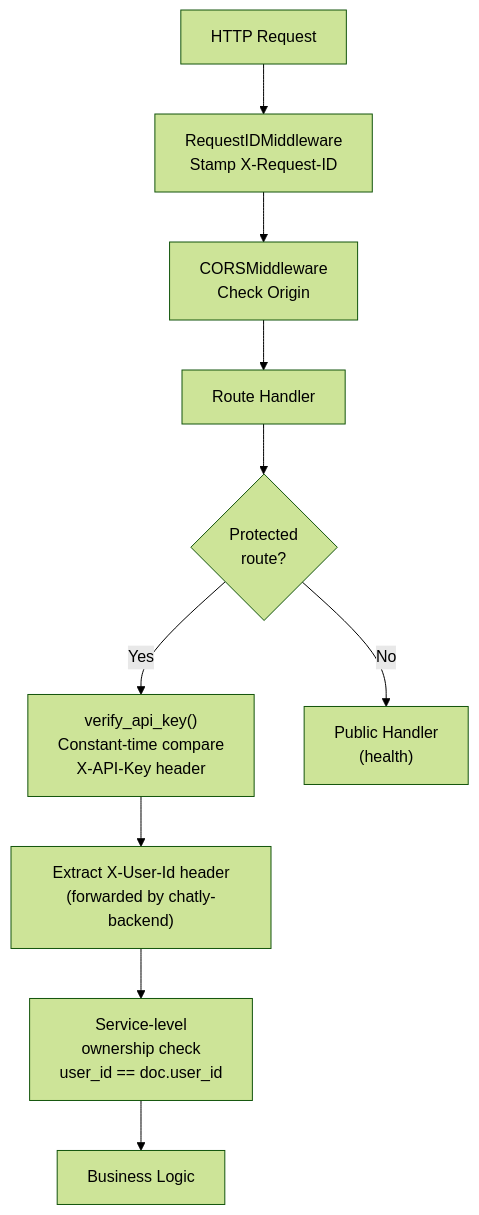
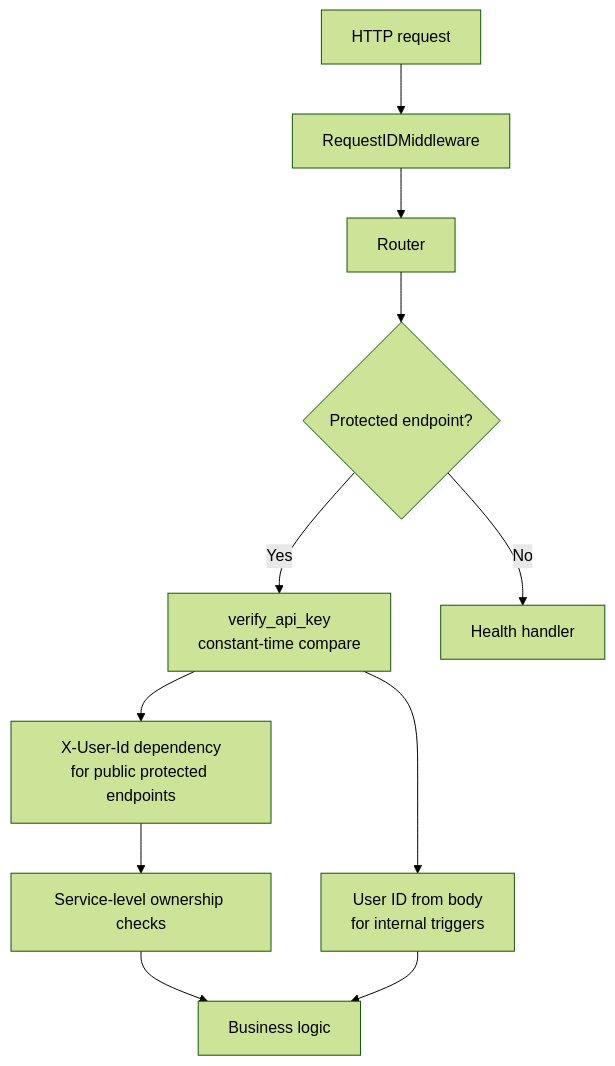
One commit to giasinguyen/chatly-messaging-platform changed diagram 11 of 12 in chatly-agent/ARCHITECTURE.md. Above: the diagram before and after it, drawn with Mermaid (forest theme). The commit also changed other lines of this file and 2 other files, not shown here.

First line of the commit message:
refactor: update README.md to reflect new Chatly Agent features and architecture

````diff
--- a/chatly-agent/ARCHITECTURE.md
+++ b/chatly-agent/ARCHITECTURE.md
@@ -407,18 +487,19 @@
 ```mermaid
 flowchart TD
-    Request["HTTP Request"]
-    RID["RequestIDMiddleware\nStamp X-Request-ID"]
-    CORS["CORSMiddleware\nCheck Origin"]
-    Route["Route Handler"]
-    Protected{Protected\nroute?}
-    APIKey["verify_api_key()\nConstant-time compare\nX-API-Key header"]
-    UserID["Extract X-User-Id header\n(forwarded by chatly-backend)"]
-    Ownership["Service-level\nownership check\nuser_id == doc.user_id"]
-    Business["Business Logic"]
-    Public["Public Handler\n(health)"]
+    Request["HTTP request"]
+    RID["RequestIDMiddleware"]
+    Route["Router"]
+    Protected{"Protected endpoint?"}
+    Verify["verify_api_key<br/>constant-time compare"]
+    UserHeader["X-User-Id dependency<br/>for public protected endpoints"]
+    BodyUser["User ID from body<br/>for internal triggers"]
+    Ownership["Service-level ownership checks"]
+    Work["Business logic"]
+    Health["Health handler"]
 
-    Request --> RID --> CORS --> Route
-    Route --> Protected
-    Protected -->|Yes| APIKey --> UserID --> Ownership --> Business
-    Protected -->|No| Public
+    Request --> RID --> Route --> Protected
+    Protected -->|No| Health
+    Protected -->|Yes| Verify
+    Verify --> UserHeader --> Ownership --> Work
+    Verify --> BodyUser --> Work
 ```
````
